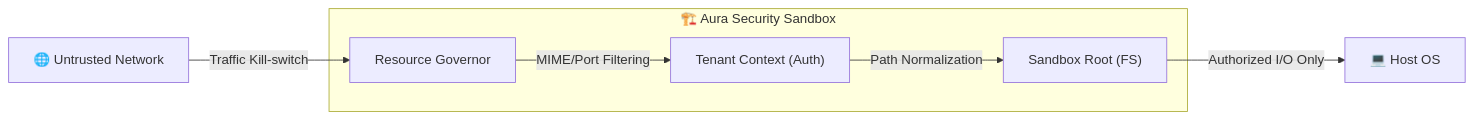
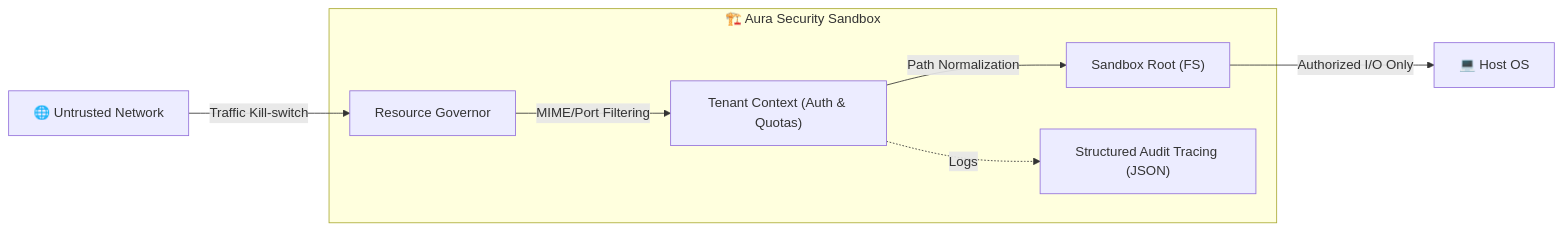
The sixth of 6 diagrams in aura-docs/project/ARCHITECTURE.md (ronmkr/aura), drawn with Mermaid before and after one commit. The commit also changed other lines of this file and 12 other files, not shown here.

````diff
--- a/aura-docs/project/ARCHITECTURE.md
+++ b/aura-docs/project/ARCHITECTURE.md
@@ -206,17 +206,19 @@
 ```mermaid
 flowchart LR
     Network["🌐 Untrusted Network"]
     
     subgraph Sandbox ["🏗️ Aura Security Sandbox"]
         RG["Resource Governor"]
-        RBAC["Tenant Context (Auth)"]
+        RBAC["Tenant Context (Auth & Quotas)"]
         Root["Sandbox Root (FS)"]
+        Audit["Structured Audit Tracing (JSON)"]
     end
     
     Host["💻 Host OS"]
 
     Network -- "Traffic Kill-switch" --> RG
     RG -- "MIME/Port Filtering" --> RBAC
     RBAC -- "Path Normalization" --> Root
     Root -- "Authorized I/O Only" --> Host
+    RBAC -. "Logs" .-> Audit
 ```
````
